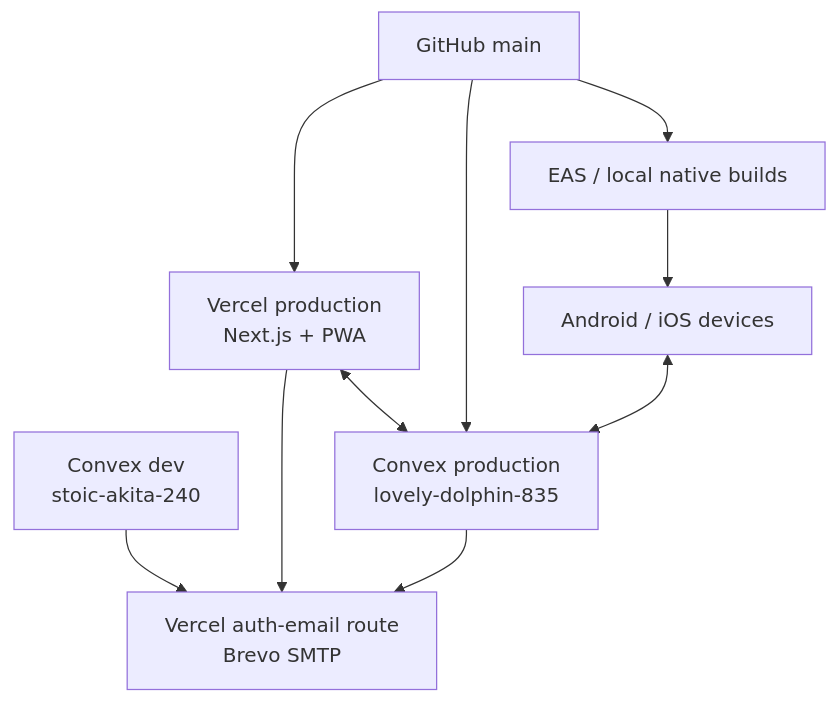
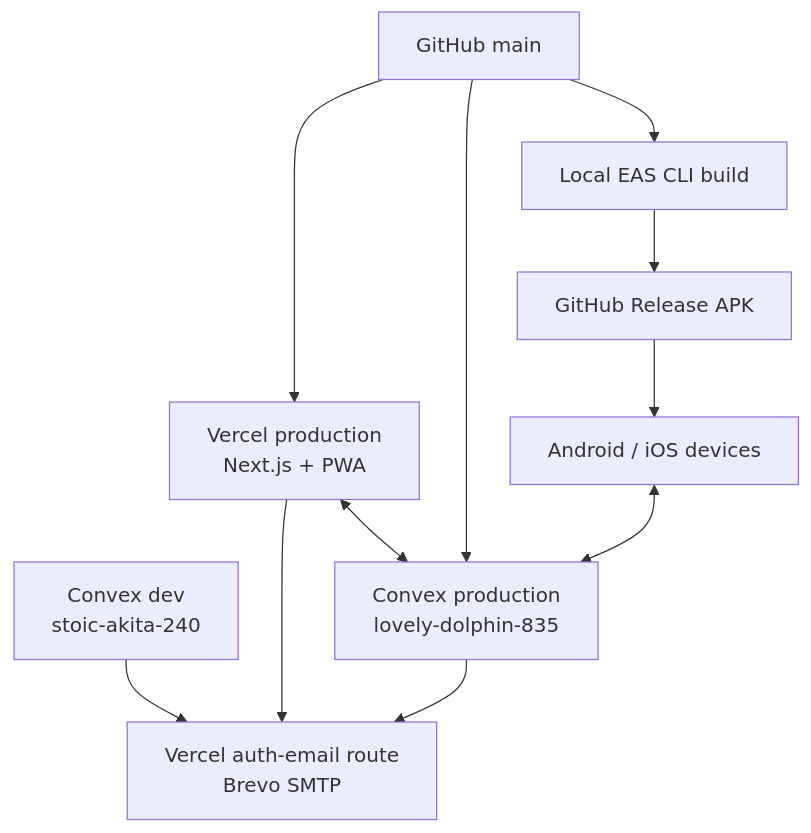
The seventh of 8 diagrams in architecture.md (Seyamalam/pstu_final), drawn with Mermaid before and after one commit. The commit also changed other lines of this file and 14 other files, not shown here.

````diff
--- a/architecture.md
+++ b/architecture.md
@@ -281,20 +281,22 @@
 ```mermaid
 flowchart TB
     GH[GitHub main]
     V[Vercel production<br/>Next.js + PWA]
     ED[Vercel auth-email route<br/>Brevo SMTP]
     CD[Convex dev<br/>stoic-akita-240]
     CX[Convex production<br/>lovely-dolphin-835]
-    EAS[EAS / local native builds]
+    LC[Local EAS CLI build]
+    GR[GitHub Release APK]
     AND[Android / iOS devices]
 
     GH --> V
     V --> ED
     CD --> ED
     CX --> ED
     GH --> CX
-    GH --> EAS
+    GH --> LC
+    LC --> GR
     V <--> CX
-    EAS --> AND
+    GR --> AND
     AND <--> CX
 ```
````
